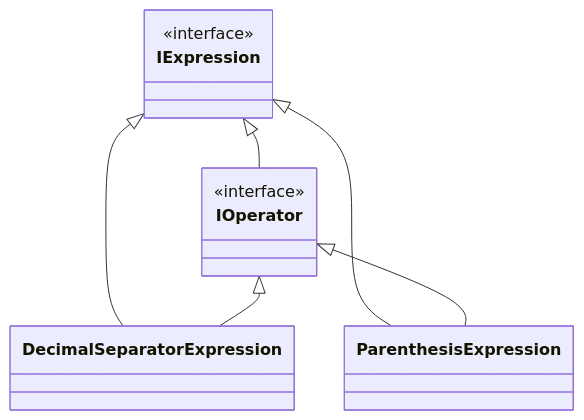
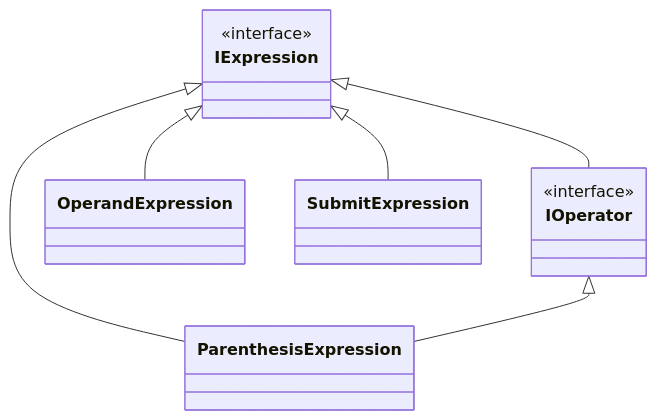
The fourth of 4 diagrams in README.md (munyeongseok/MSProgrammerCalculator), drawn with Mermaid before and after one commit. The commit also changed other lines of this file, not shown here.

Commit message:
README 파일 내용 수정

````diff
--- a/README.md
+++ b/README.md
@@ -64,10 +64,10 @@
 ```mermaid
 classDiagram
     IExpression <|-- IOperator
-    IExpression <|-- DecimalSeparatorExpression
-    IOperator <|-- DecimalSeparatorExpression
+    IExpression <|-- OperandExpression
+    IExpression <|-- SubmitExpression
     IExpression <|-- ParenthesisExpression
     IOperator <|-- ParenthesisExpression
     <<interface>> IExpression
     <<interface>> IOperator
 ```
````
